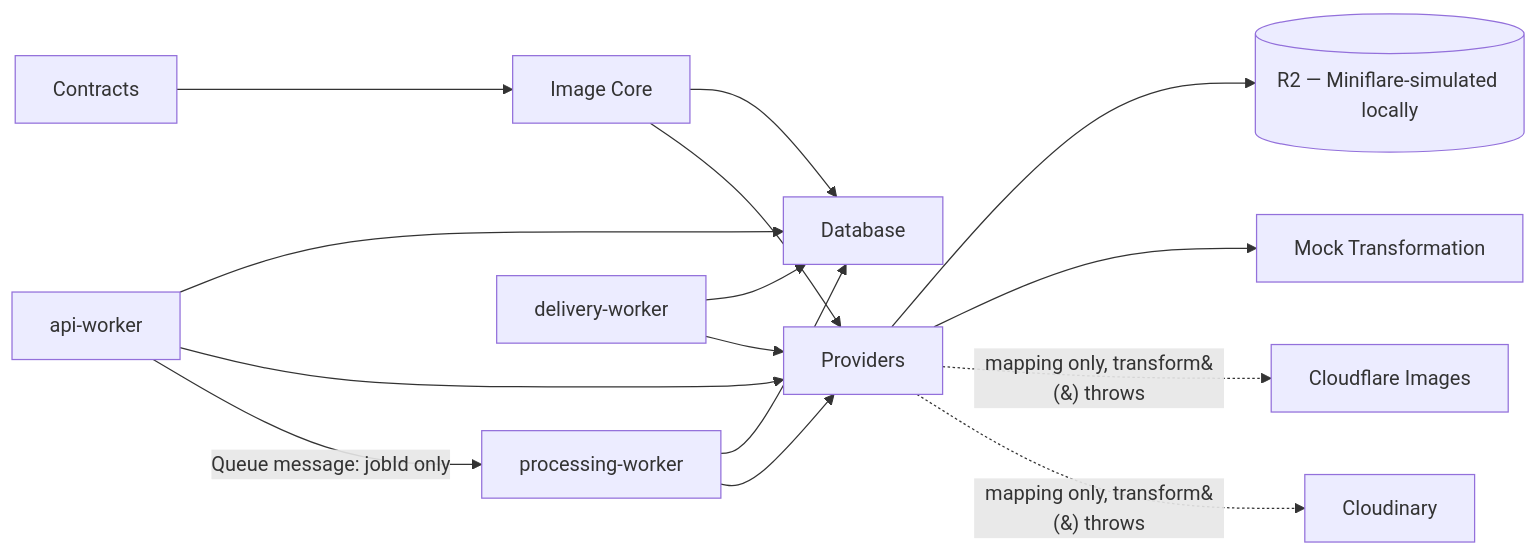
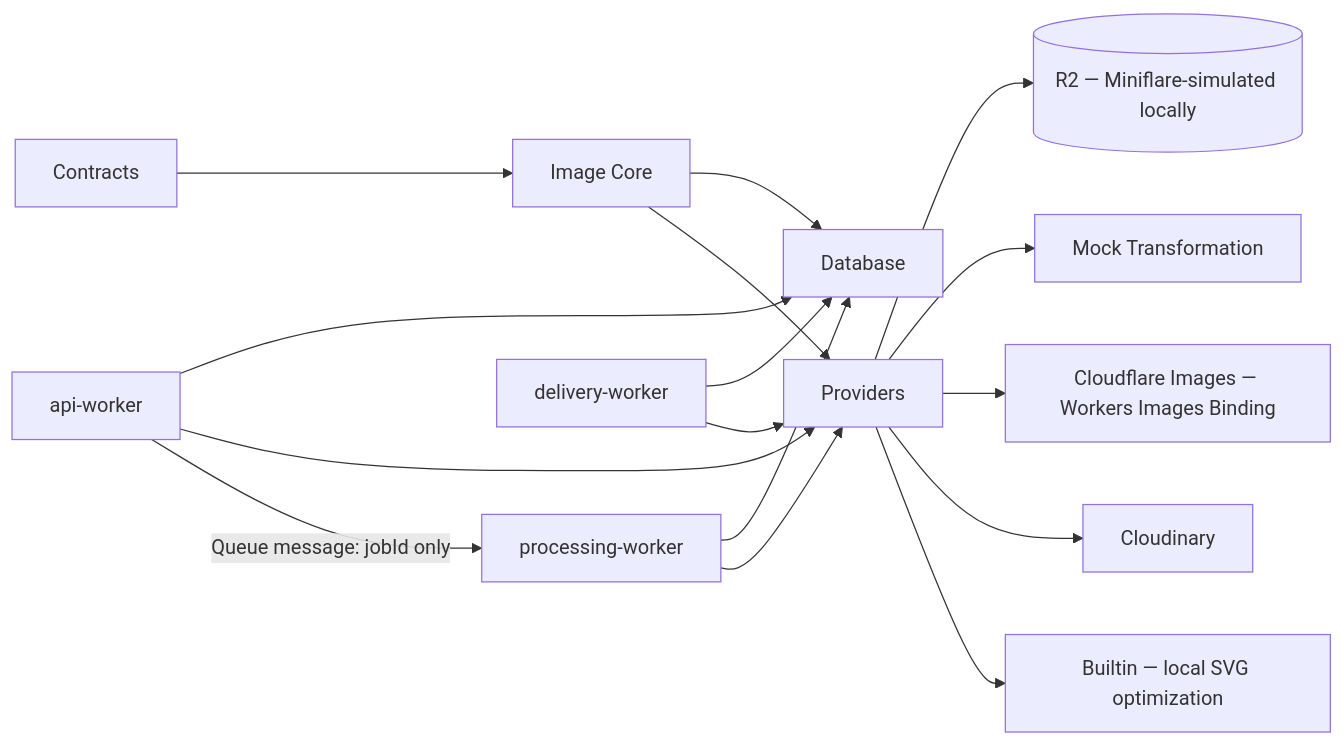
One commit to Andersseen/imageryx changed the second of 5 diagrams in ARCHITECTURE.md. Above: the diagram before and after it, drawn with Mermaid. The commit also changed other lines of this file and 47 other files, not shown here.

First line of the commit message:
feat: real image optimization (Cloudflare Images, SVG) via presets (#78)

````diff
--- a/ARCHITECTURE.md
+++ b/ARCHITECTURE.md
@@ -362,17 +362,18 @@
 ```mermaid
 flowchart LR
   Contracts --> Core[Image Core]
   Core --> Database
   Core --> Providers
   API[api-worker] --> Database
   API --> Providers
   API -- Queue message: jobId only --> Processing[processing-worker]
   Processing --> Database
   Processing --> Providers
   Delivery[delivery-worker] --> Database
   Delivery --> Providers
   Providers --> R2[(R2 — Miniflare-simulated locally)]
   Providers --> MockTransformation[Mock Transformation]
-  Providers -. mapping only, transform&#40;&#41; throws .-> CloudflareImages[Cloudflare Images]
-  Providers -. mapping only, transform&#40;&#41; throws .-> Cloudinary
+  Providers --> CloudflareImages[Cloudflare Images — Workers Images Binding]
+  Providers --> Cloudinary
+  Providers --> Builtin[Builtin — local SVG optimization]
 ```
````
